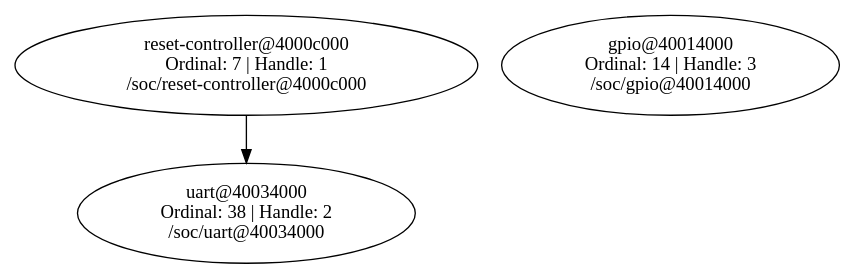
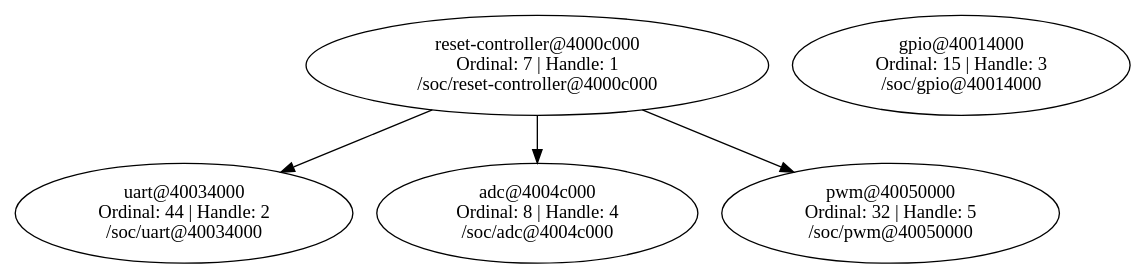
Before and after one commit to Diseno-electronico-2023-1/evse-rp2040-hardware: the diagram in app/build/zephyr/dev_graph.dot, drawn with Graphviz. The commit also changed 89 other files, not shown here.

```diff
--- a/app/build/zephyr/dev_graph.dot
+++ b/app/build/zephyr/dev_graph.dot
@@ -1,7 +1,11 @@
 // C:/Users/sergi/zephyrproject/evse-rp2040-hardware/app/build/zephyr/zephyr_pre0.elf
 digraph "Device dependency graph" {
 	7 [label="reset-controller@4000c000\nOrdinal: 7 | Handle: 1\n/soc/reset-controller@4000c000"]
-	38 [label="uart@40034000\nOrdinal: 38 | Handle: 2\n/soc/uart@40034000"]
-	14 [label="gpio@40014000\nOrdinal: 14 | Handle: 3\n/soc/gpio@40014000"]
-	7 -> 38
+	44 [label="uart@40034000\nOrdinal: 44 | Handle: 2\n/soc/uart@40034000"]
+	15 [label="gpio@40014000\nOrdinal: 15 | Handle: 3\n/soc/gpio@40014000"]
+	8 [label="adc@4004c000\nOrdinal: 8 | Handle: 4\n/soc/adc@4004c000"]
+	32 [label="pwm@40050000\nOrdinal: 32 | Handle: 5\n/soc/pwm@40050000"]
+	7 -> 44
+	7 -> 8
+	7 -> 32
 }
```
